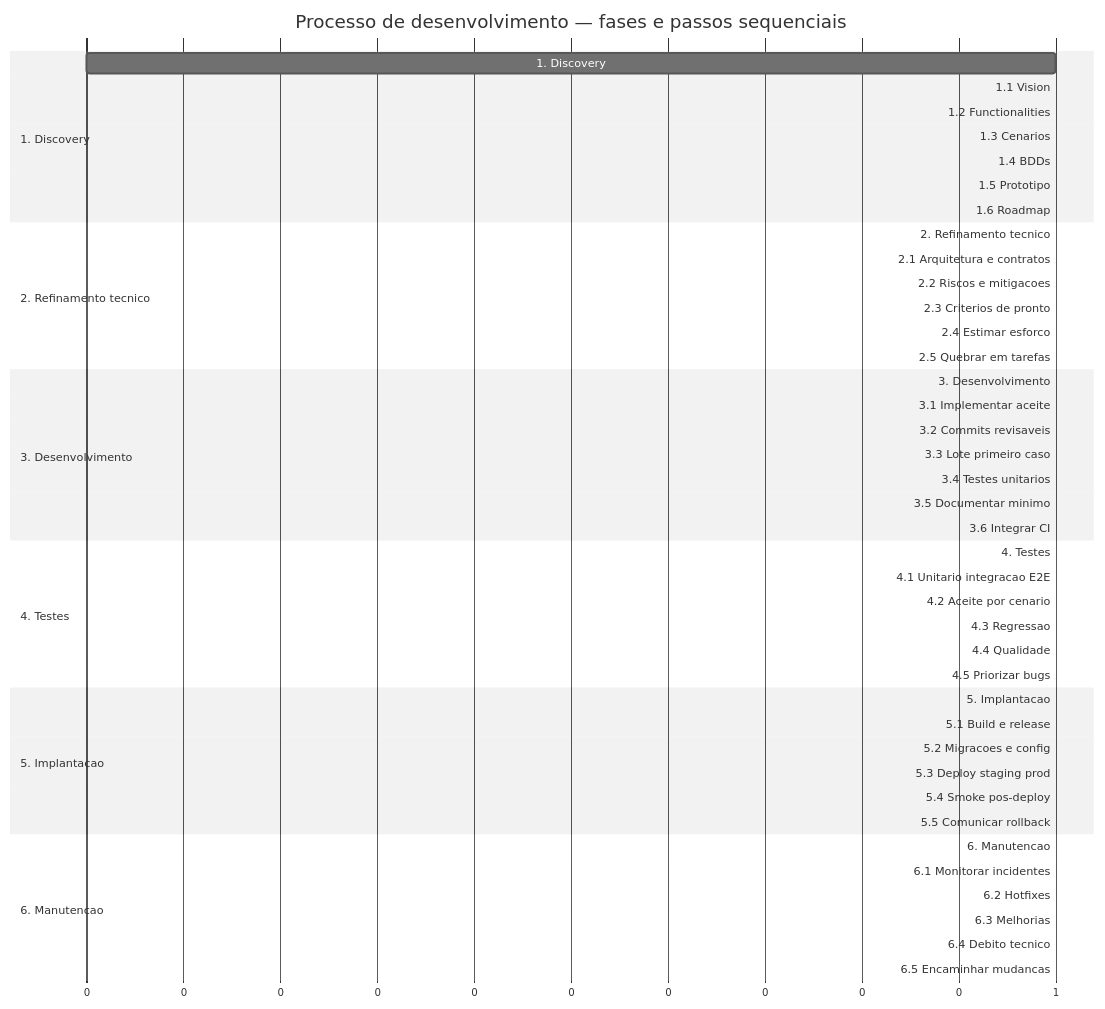
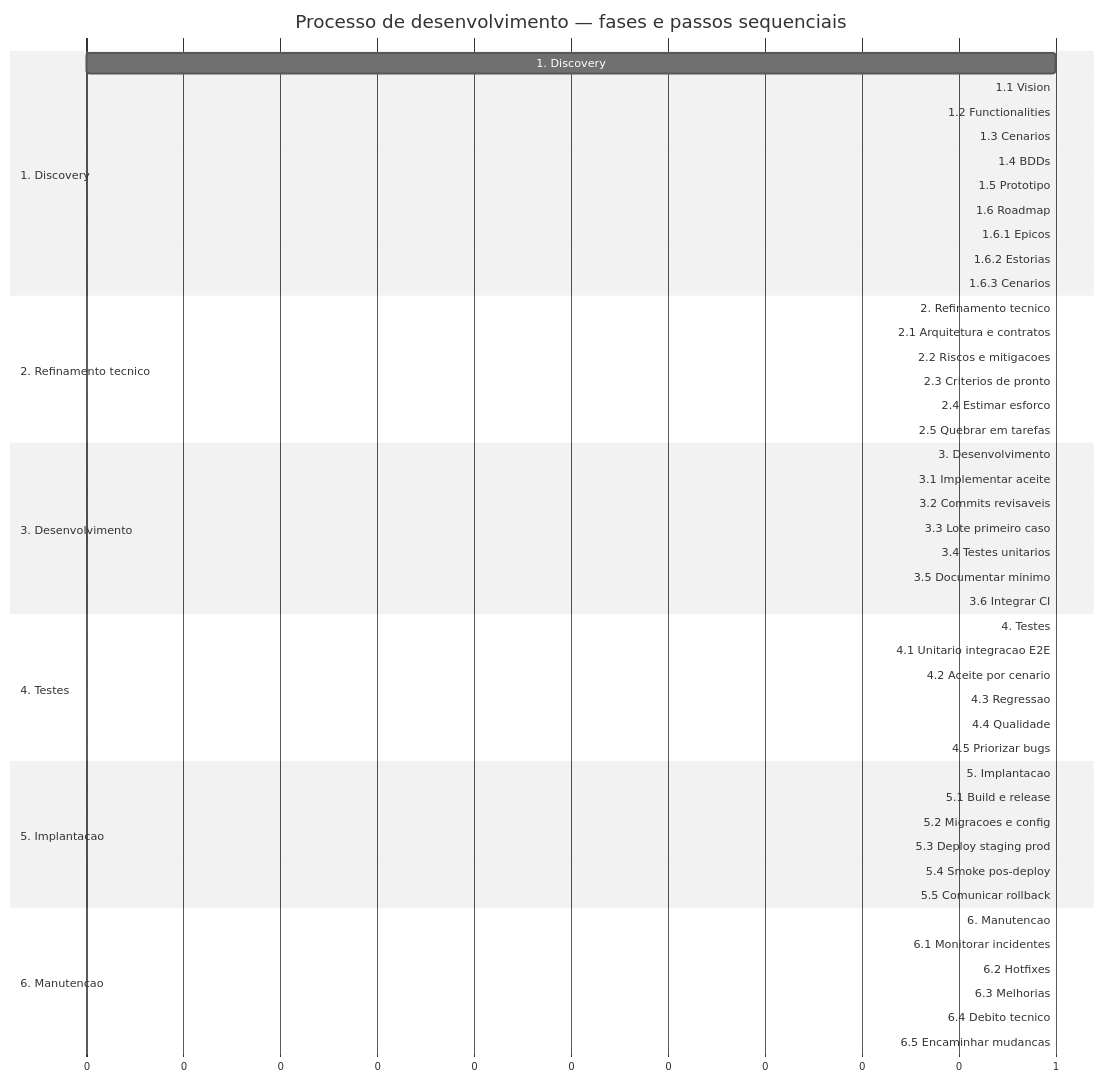
One commit to laerciogermano/workstation changed the first of 2 diagrams in core/processo/README.md. Above: the diagram before and after it, drawn with Mermaid (neutral theme). The commit also changed other lines of this file and 2 other files, not shown here.

Commit message:
Adiciona filhos do roadmap no processo: épicos → estórias → cenários.
Árvore e Gantt passam a listar 1.6.1–1.6.3 em sequência após 1.6.

````diff
--- a/core/processo/README.md
+++ b/core/processo/README.md
@@ -76,56 +79,59 @@
 ```mermaid
 gantt
   title Processo de desenvolvimento — fases e passos sequenciais
   dateFormat X
   axisFormat %s
 
   section 1. Discovery
   1. Discovery                  :p1, 0, 1
   1.1 Vision                    :d11, after p1, 1
   1.2 Functionalities           :d12, after d11, 1
   1.3 Cenarios                  :d13, after d12, 1
   1.4 BDDs                      :d14, after d13, 1
   1.5 Prototipo                 :d15, after d14, 1
   1.6 Roadmap                   :d16, after d15, 1
+  1.6.1 Epicos                  :d161, after d16, 1
+  1.6.2 Estorias                :d162, after d161, 1
+  1.6.3 Cenarios                :d163, after d162, 1
 
   section 2. Refinamento tecnico
-  2. Refinamento tecnico        :p2, after d16, 1
+  2. Refinamento tecnico        :p2, after d163, 1
   2.1 Arquitetura e contratos   :d21, after p2, 1
   2.2 Riscos e mitigacoes       :d22, after d21, 1
   2.3 Criterios de pronto       :d23, after d22, 1
   2.4 Estimar esforco           :d24, after d23, 1
   2.5 Quebrar em tarefas        :d25, after d24, 1
 
   section 3. Desenvolvimento
   3. Desenvolvimento            :p3, after d25, 1
   3.1 Implementar aceite        :d31, after p3, 1
   3.2 Commits revisaveis        :d32, after d31, 1
   3.3 Lote primeiro caso        :d33, after d32, 1
   3.4 Testes unitarios          :d34, after d33, 1
   3.5 Documentar minimo         :d35, after d34, 1
   3.6 Integrar CI               :d36, after d35, 1
 
   section 4. Testes
   4. Testes                     :p4, after d36, 1
   4.1 Unitario integracao E2E   :d41, after p4, 1
   4.2 Aceite por cenario        :d42, after d41, 1
   4.3 Regressao                 :d43, after d42, 1
   4.4 Qualidade                 :d44, after d43, 1
   4.5 Priorizar bugs            :d45, after d44, 1
 
   section 5. Implantacao
   5. Implantacao                :p5, after d45, 1
   5.1 Build e release           :d51, after p5, 1
   5.2 Migracoes e config        :d52, after d51, 1
   5.3 Deploy staging prod       :d53, after d52, 1
   5.4 Smoke pos-deploy          :d54, after d53, 1
   5.5 Comunicar rollback        :d55, after d54, 1
 
   section 6. Manutencao
   6. Manutencao                 :p6, after d55, 1
   6.1 Monitorar incidentes      :d61, after p6, 1
   6.2 Hotfixes                  :d62, after d61, 1
   6.3 Melhorias                 :d63, after d62, 1
   6.4 Debito tecnico            :d64, after d63, 1
   6.5 Encaminhar mudancas       :d65, after d64, 1
 ```
````
